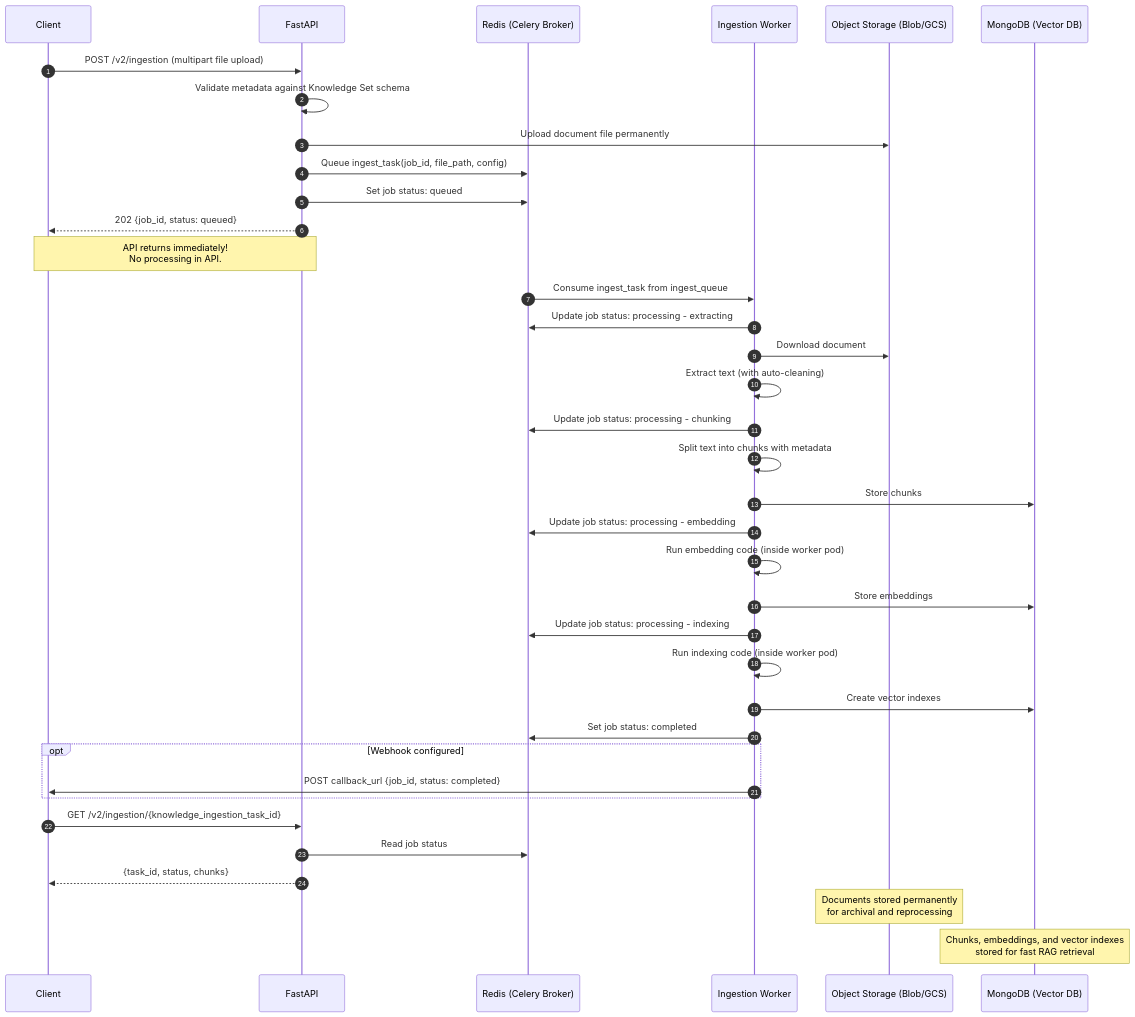
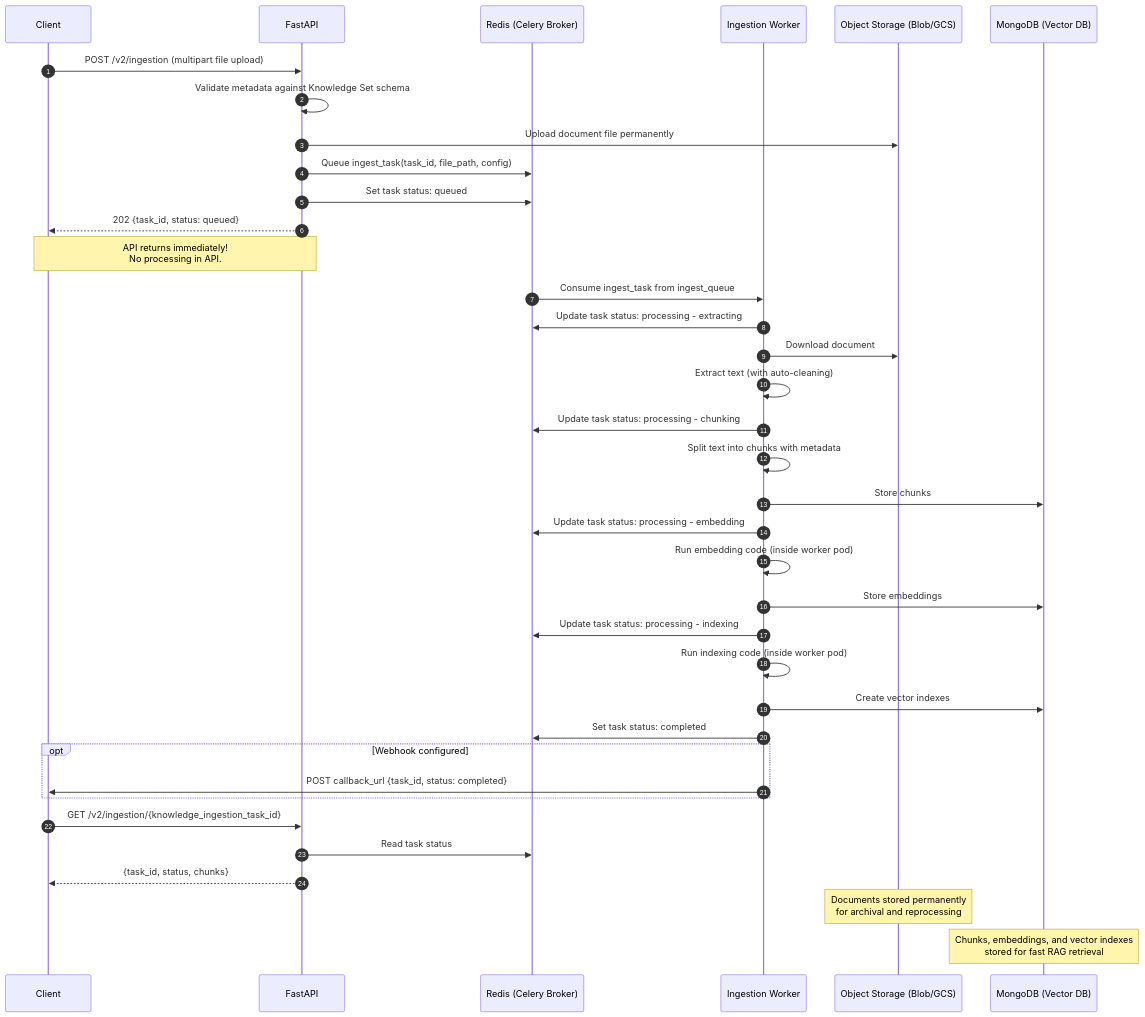
Before and after one commit to hmunjuluri05/rag-ingestion-api: the second of 2 diagrams in docs/DESIGN.md, drawn with Mermaid. The commit also changed other lines of this file and 1 other file, not shown here.

````diff
--- a/docs/DESIGN.md
+++ b/docs/DESIGN.md
@@ -149,47 +149,47 @@
 ```mermaid
 sequenceDiagram
     autonumber
     participant Client
     participant API as FastAPI
     participant Redis as Redis (Celery Broker)
     participant Worker as Ingestion Worker
     participant BlobStorage as Object Storage (Blob/GCS)
     participant MongoDB as MongoDB (Vector DB)
 
     Client->>API: POST /v2/ingestion (multipart file upload)
     API->>API: Validate metadata against Knowledge Set schema
     API->>BlobStorage: Upload document file permanently
-    API->>Redis: Queue ingest_task(job_id, file_path, config)
-    API->>Redis: Set job status: queued
-    API-->>Client: 202 {job_id, status: queued}
+    API->>Redis: Queue ingest_task(task_id, file_path, config)
+    API->>Redis: Set task status: queued
+    API-->>Client: 202 {task_id, status: queued}
     Note over API,Client: API returns immediately!<br/>No processing in API.
 
     Redis->>Worker: Consume ingest_task from ingest_queue
-    Worker->>Redis: Update job status: processing - extracting
+    Worker->>Redis: Update task status: processing - extracting
     Worker->>BlobStorage: Download document
     Worker->>Worker: Extract text (with auto-cleaning)
-    Worker->>Redis: Update job status: processing - chunking
+    Worker->>Redis: Update task status: processing - chunking
     Worker->>Worker: Split text into chunks with metadata
     Worker->>MongoDB: Store chunks
 
-    Worker->>Redis: Update job status: processing - embedding
+    Worker->>Redis: Update task status: processing - embedding
     Worker->>Worker: Run embedding code (inside worker pod)
     Worker->>MongoDB: Store embeddings
 
-    Worker->>Redis: Update job status: processing - indexing
+    Worker->>Redis: Update task status: processing - indexing
     Worker->>Worker: Run indexing code (inside worker pod)
     Worker->>MongoDB: Create vector indexes
 
-    Worker->>Redis: Set job status: completed
+    Worker->>Redis: Set task status: completed
 
     opt Webhook configured
-        Worker->>Client: POST callback_url {job_id, status: completed}
+        Worker->>Client: POST callback_url {task_id, status: completed}
     end
 
     Client->>API: GET /v2/ingestion/{knowledge_ingestion_task_id}
-    API->>Redis: Read job status
+    API->>Redis: Read task status
     API-->>Client: {task_id, status, chunks}
 
     Note over BlobStorage: Documents stored permanently<br/>for archival and reprocessing
     Note over MongoDB: Chunks, embeddings, and vector indexes<br/>stored for fast RAG retrieval
 ```
````
